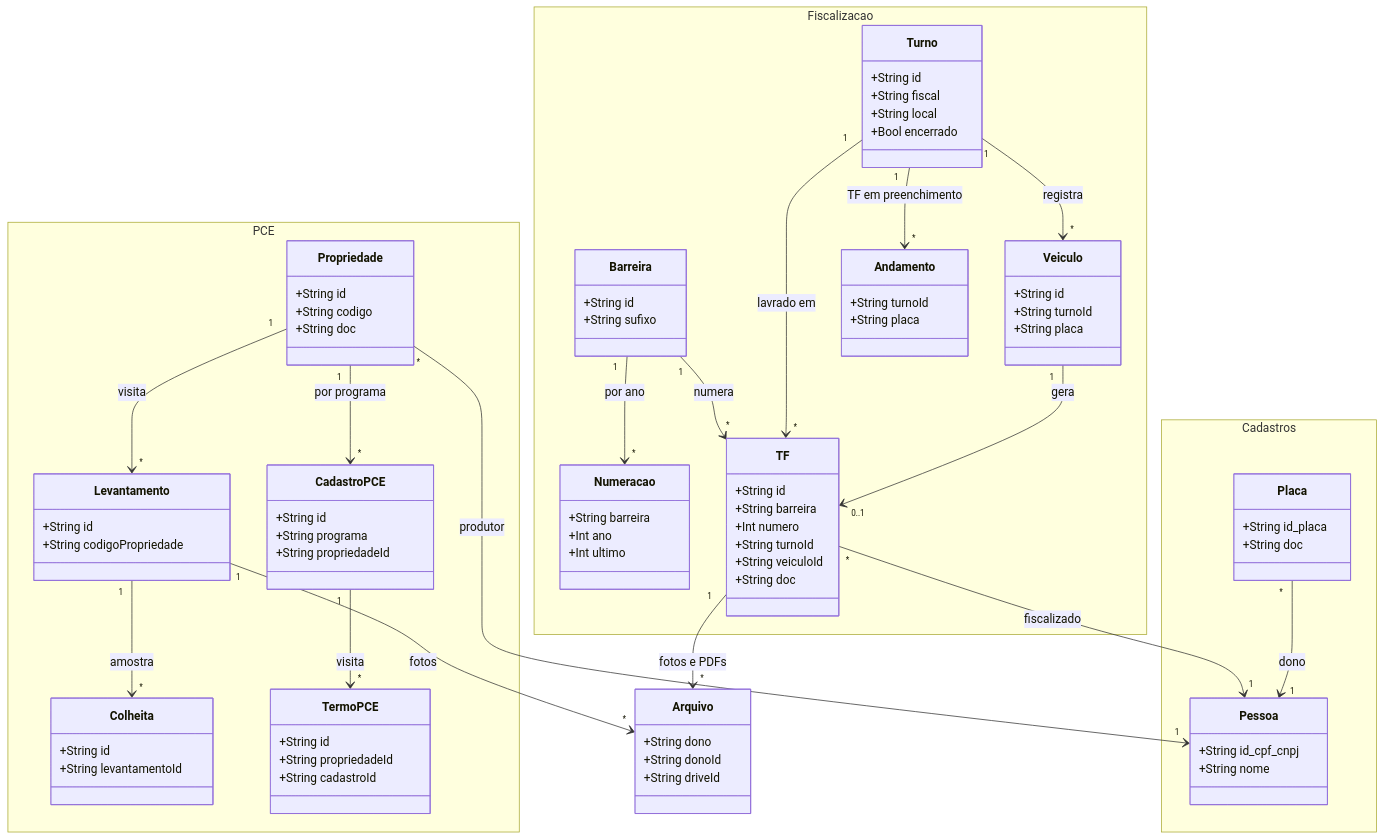
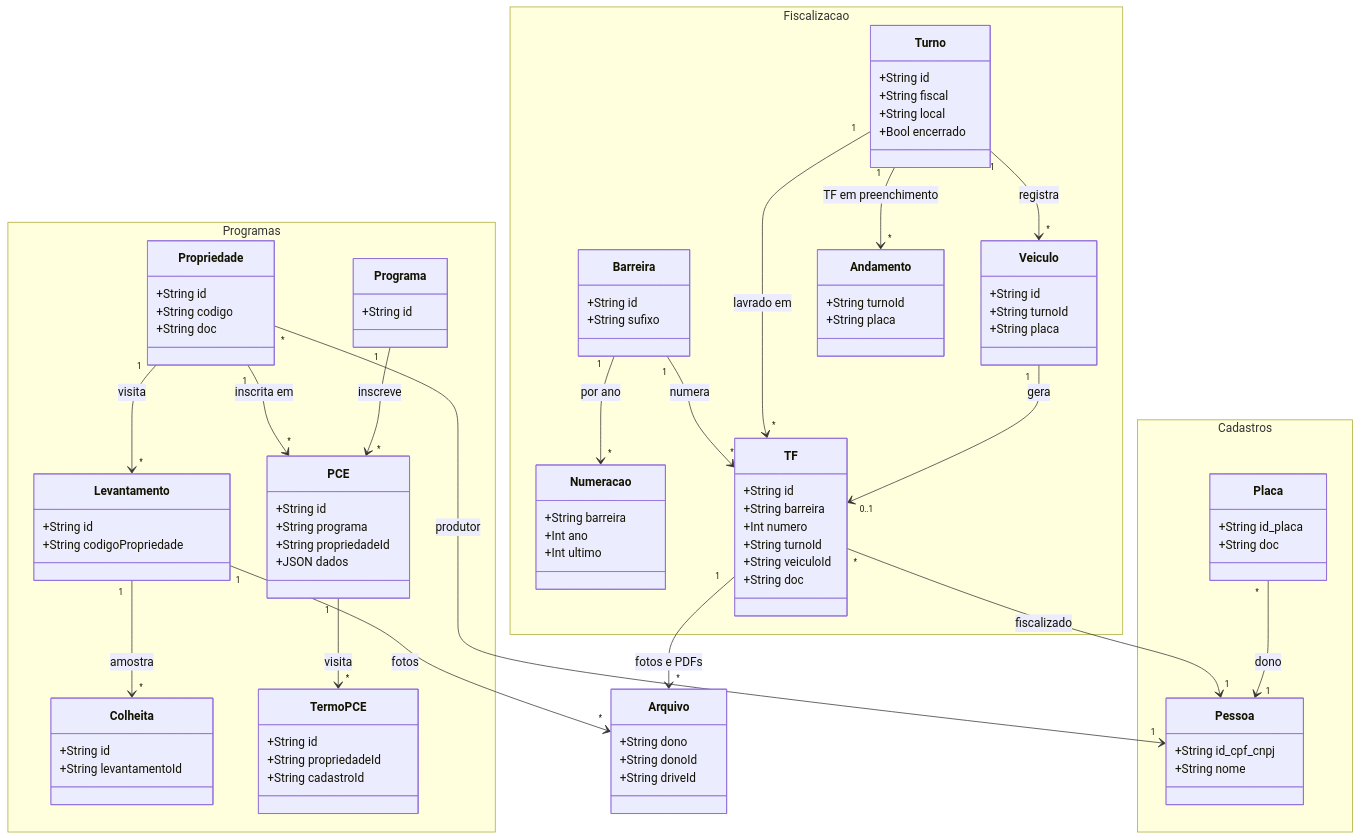
The second of 3 diagrams in docs/arquitetura.md (evilasionogueiraagro-netizen/GDV), drawn with Mermaid before and after one commit. The commit also changed other lines of this file, not shown here.

Commit message:
Docs: no diagrama, Programa vira classe e o PCE é a ligação programa-propriedade

```diff
--- a/docs/arquitetura.md
+++ b/docs/arquitetura.md
@@ -126,7 +126,7 @@
       +String doc
     }
   }
-  namespace PCE {
+  namespace Programas {
     class Propriedade {
       +String id
       +String codigo
@@ -140,10 +140,14 @@
       +String id
       +String levantamentoId
     }
-    class CadastroPCE {
+    class Programa {
+      +String id
+    }
+    class PCE {
       +String id
       +String programa
       +String propriedadeId
+      +JSON dados
     }
     class TermoPCE {
       +String id
@@ -166,8 +170,9 @@
   Placa "*" --> "1" Pessoa : dono
   Propriedade "1" --> "*" Levantamento : visita
   Levantamento "1" --> "*" Colheita : amostra
-  Propriedade "1" --> "*" CadastroPCE : por programa
-  CadastroPCE "1" --> "*" TermoPCE : visita
+  Propriedade "1" --> "*" PCE : inscrita em
+  Programa "1" --> "*" PCE : inscreve
+  PCE "1" --> "*" TermoPCE : visita
   Propriedade "*" --> "1" Pessoa : produtor
   TF "1" --> "*" Arquivo : fotos e PDFs
   Levantamento "1" --> "*" Arquivo : fotos
```
